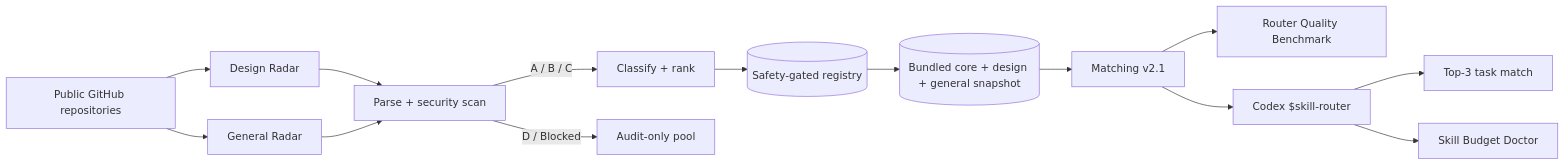
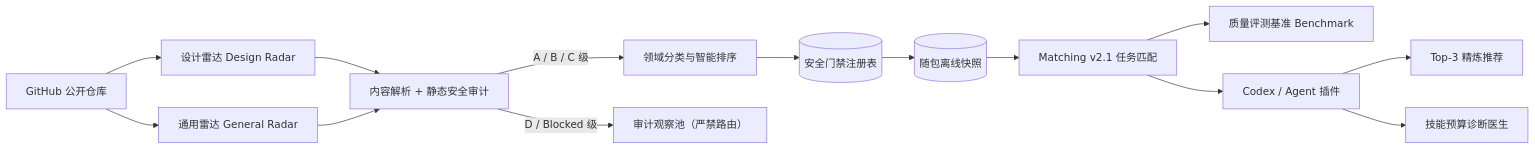
One commit to changchangidea-oss/SkillRadar changed the diagram in README.md. Above: the diagram before and after it, drawn with Mermaid. The commit also changed other lines of this file and 34 other files, not shown here.

````diff
--- a/README.md
+++ b/README.md
@@ -191,16 +180,16 @@
 ```mermaid
 flowchart LR
-  GH[Public GitHub repositories] --> DR[Design Radar]
-  GH --> GR[General Radar]
-  DR --> S[Parse + security scan]
+  GH[GitHub 公开仓库] --> DR[设计雷达 Design Radar]
+  GH --> GR[通用雷达 General Radar]
+  DR --> S[内容解析 + 静态安全审计]
   GR --> S
-  S -->|A / B / C| R[Classify + rank]
-  S -->|D / Blocked| A[Audit-only pool]
-  R --> REG[(Safety-gated registry)]
-  REG --> SNAP[(Bundled core + design + general snapshot)]
-  SNAP --> M[Matching v2.1]
-  M --> Q[Router Quality Benchmark]
-  M --> CODEX[Codex $skill-router]
-  CODEX --> T[Top-3 task match]
-  CODEX --> B[Skill Budget Doctor]
+  S -->|A / B / C 级| R[领域分类与智能排序]
+  S -->|D / Blocked 级| A[审计观察池（严禁路由）]
+  R --> REG[(安全门禁注册表)]
+  REG --> SNAP[(随包离线快照)]
+  SNAP --> M[Matching v2.1 任务匹配]
+  M --> Q[质量评测基准 Benchmark]
+  M --> CODEX[Codex / Agent 插件]
+  CODEX --> T[Top-3 精炼推荐]
+  CODEX --> B[技能预算诊断医生]
 ```
````
